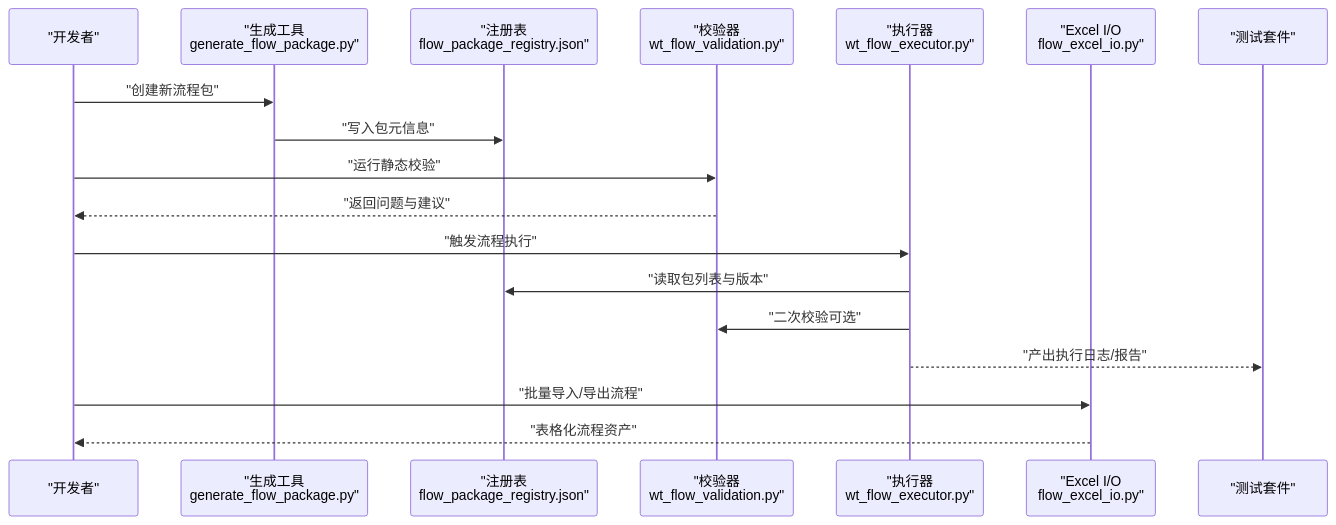
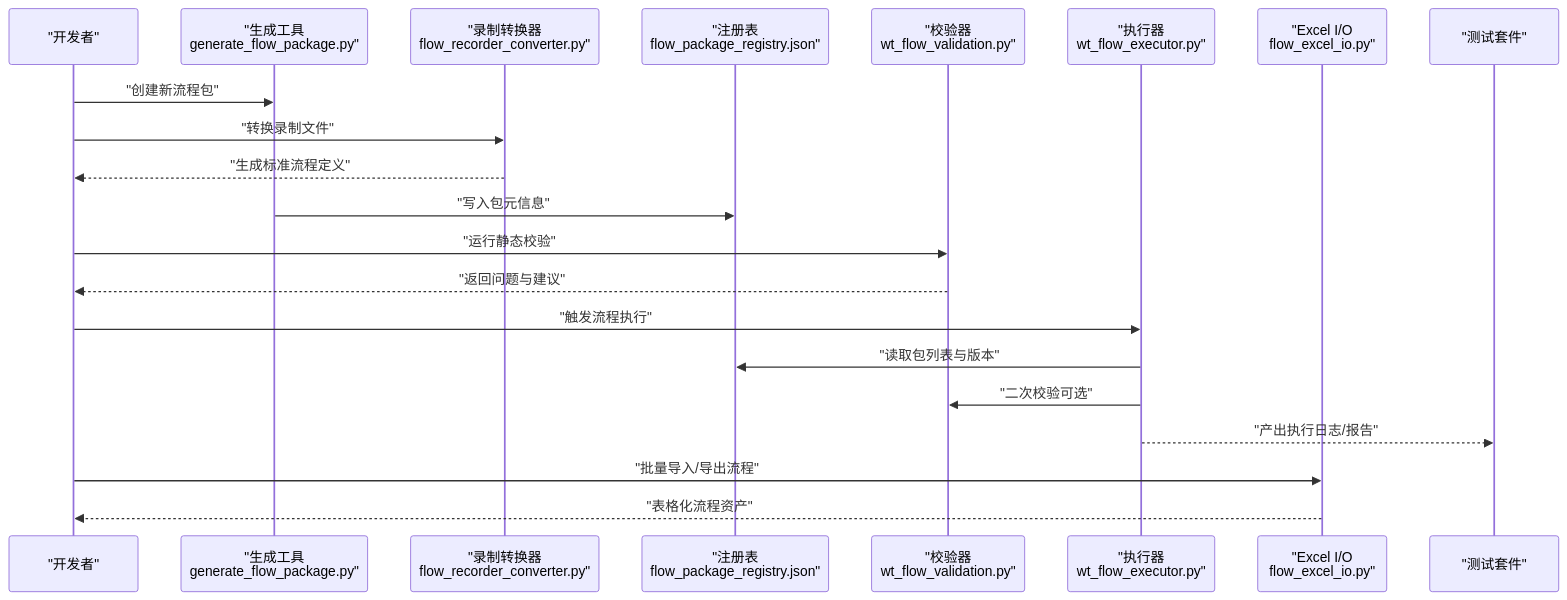
Before and after one commit to hanago33/WT_Automation: the second of 10 diagrams in .qoder/repowiki/zh/content/流程管理/流程包管理/流程包管理.md, drawn with Mermaid. The commit also changed other lines of this file and 220 other files, not shown here.

````diff
--- a/.qoder/repowiki/zh/content/流程管理/流程包管理/流程包管理.md
+++ b/.qoder/repowiki/zh/content/流程管理/流程包管理/流程包管理.md
@@ -160,20 +198,23 @@
 ```mermaid
 sequenceDiagram
 participant Dev as "开发者"
 participant Gen as "生成工具<br/>generate_flow_package.py"
+participant RecConv as "录制转换器<br/>flow_recorder_converter.py"
 participant Reg as "注册表<br/>flow_package_registry.json"
 participant Val as "校验器<br/>wt_flow_validation.py"
 participant Exec as "执行器<br/>wt_flow_executor.py"
 participant Xls as "Excel I/O<br/>flow_excel_io.py"
 participant Test as "测试套件"
 Dev->>Gen : "创建新流程包"
+Dev->>RecConv : "转换录制文件"
+RecConv-->>Dev : "生成标准流程定义"
 Gen->>Reg : "写入包元信息"
 Dev->>Val : "运行静态校验"
 Val-->>Dev : "返回问题与建议"
 Dev->>Exec : "触发流程执行"
 Exec->>Reg : "读取包列表与版本"
 Exec->>Val : "二次校验可选"
 Exec-->>Test : "产出执行日志/报告"
 Dev->>Xls : "批量导入/导出流程"
 Xls-->>Dev : "表格化流程资产"
 ```
````
